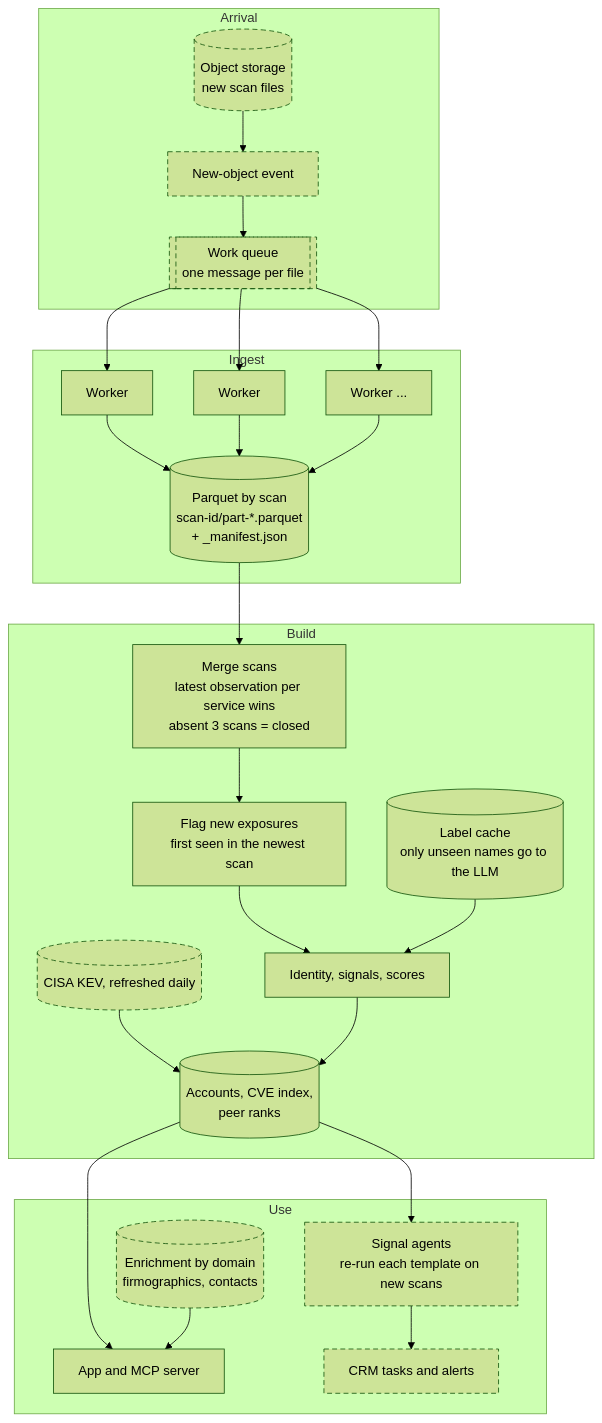
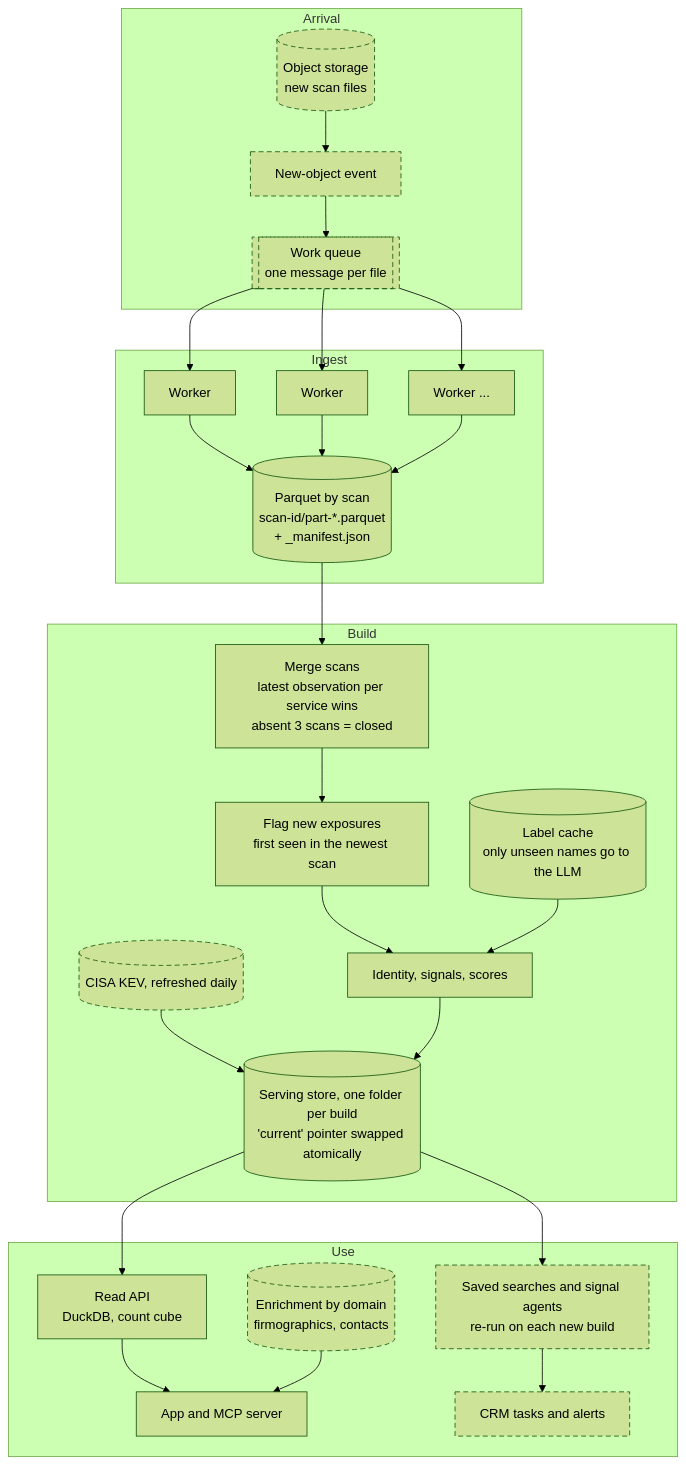
The second of 5 diagrams in docs/architecture.md (SahilChoudhary22/recon-sales-intelligence), drawn with Mermaid (forest theme) before and after one commit. The commit also changed other lines of this file and 38 other files, not shown here.

First line of the commit message:
Read API over a versioned serving store; multi-select, lists, saved searches

````diff
--- a/docs/architecture.md
+++ b/docs/architecture.md
@@ -40,26 +42,27 @@
 ```mermaid
 flowchart TB
   subgraph arrive["Arrival"]
     bucket[("Object storage<br/>new scan files")]:::designed --> event["New-object event"]:::designed
     event --> queue[["Work queue<br/>one message per file"]]:::designed
   end
   subgraph ingest["Ingest"]
     queue --> w1["Worker"] & w2["Worker"] & w3["Worker ..."]
     w1 & w2 & w3 --> lake[("Parquet by scan<br/>scan-id/part-*.parquet<br/>+ _manifest.json")]
   end
   subgraph build["Build"]
     lake --> merge["Merge scans<br/>latest observation per service wins<br/>absent 3 scans = closed"]
     merge --> fresh["Flag new exposures<br/>first seen in the newest scan"]
     fresh --> score["Identity, signals, scores"]
     labels[("Label cache<br/>only unseen names go to the LLM")] --> score
     kev[("CISA KEV, refreshed daily")]:::designed --> index
-    score --> index[("Accounts, CVE index,<br/>peer ranks")]
+    score --> index[("Serving store, one folder per build<br/>'current' pointer swapped atomically")]
   end
   subgraph use["Use"]
-    index --> app["App and MCP server"]
-    index --> agents["Signal agents<br/>re-run each template on new scans"]:::designed
+    index --> api["Read API<br/>DuckDB, count cube"]
+    api --> app["App and MCP server"]
+    index --> agents["Saved searches and signal agents<br/>re-run on each new build"]:::designed
     agents --> crm["CRM tasks and alerts"]:::designed
     enrich[("Enrichment by domain<br/>firmographics, contacts")]:::designed --> app
   end
   classDef designed stroke-dasharray: 6 4
 ```
````
